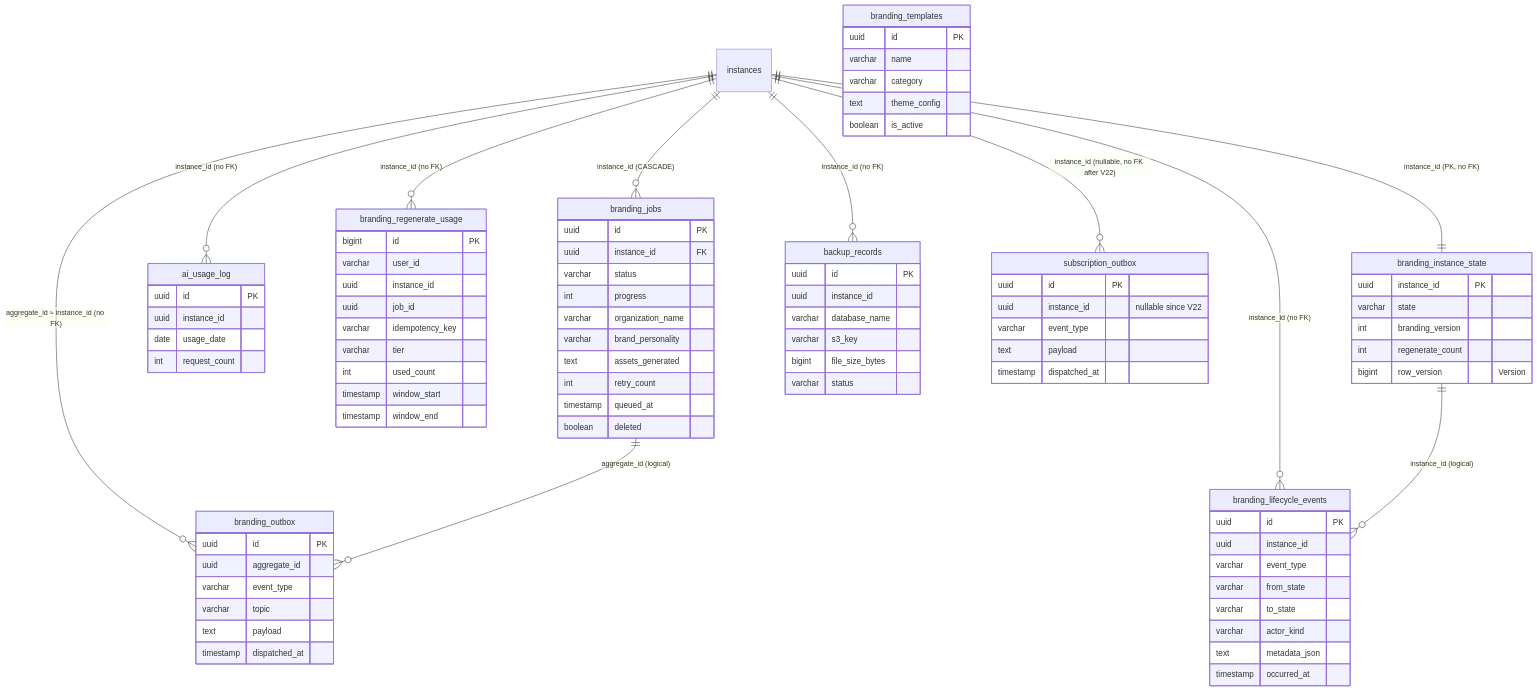
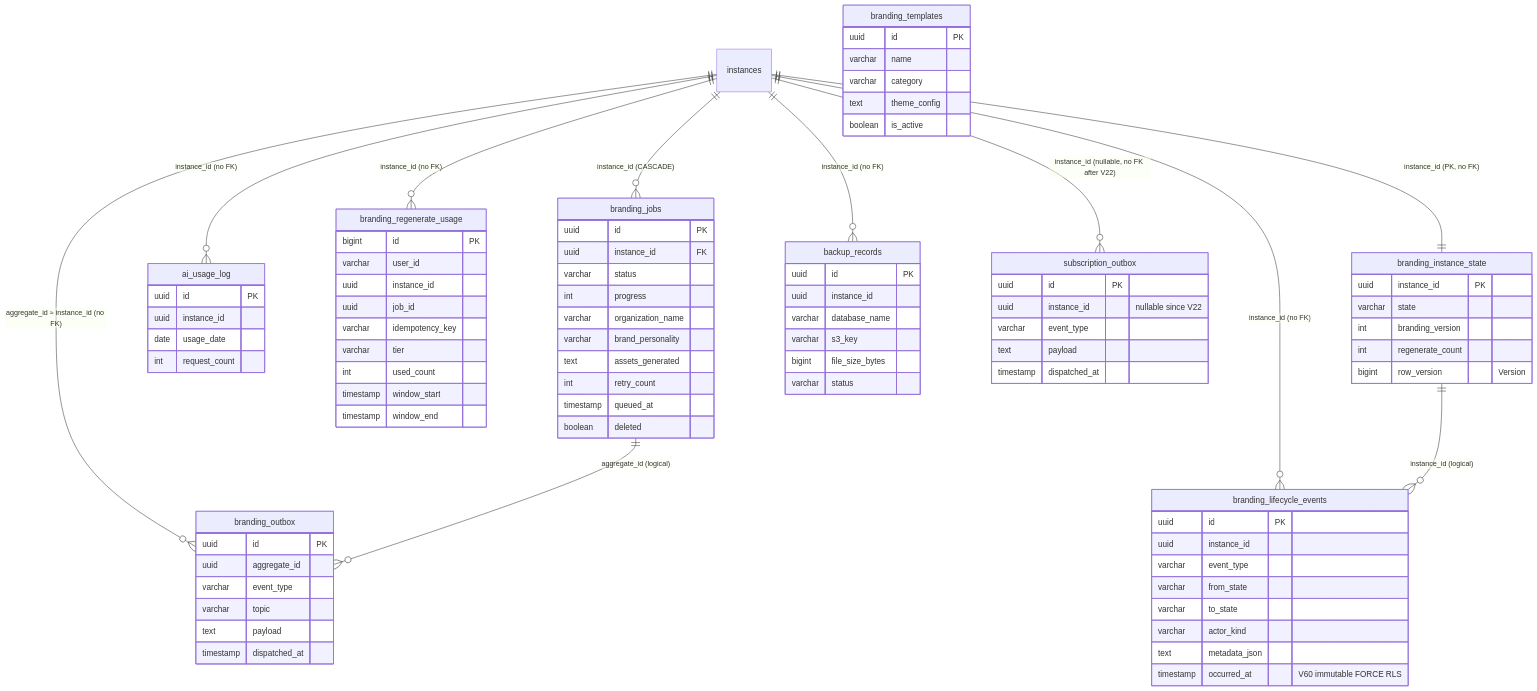
One commit to VictorAurelius/2026-Kite-Class-Platform changed the diagram in documents/02-architecture/database/kitehub/03-branding.md. Above: the diagram before and after it, drawn with Mermaid. The commit also changed other lines of this file and 66 other files, not shown here.

```diff
--- a/documents/02-architecture/database/kitehub/03-branding.md
+++ b/documents/02-architecture/database/kitehub/03-branding.md
@@ -91,7 +91,7 @@
         varchar to_state
         varchar actor_kind
         text metadata_json
-        timestamp occurred_at
+        timestamp occurred_at "V60 immutable FORCE RLS"
     }
     branding_outbox {
         uuid id PK
```
